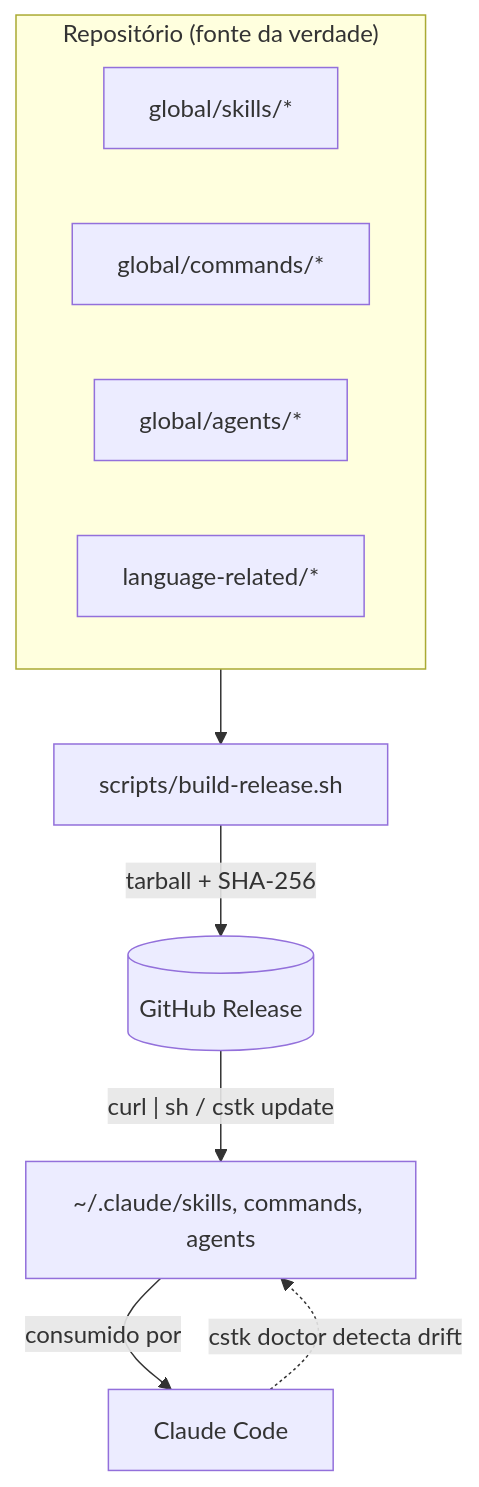
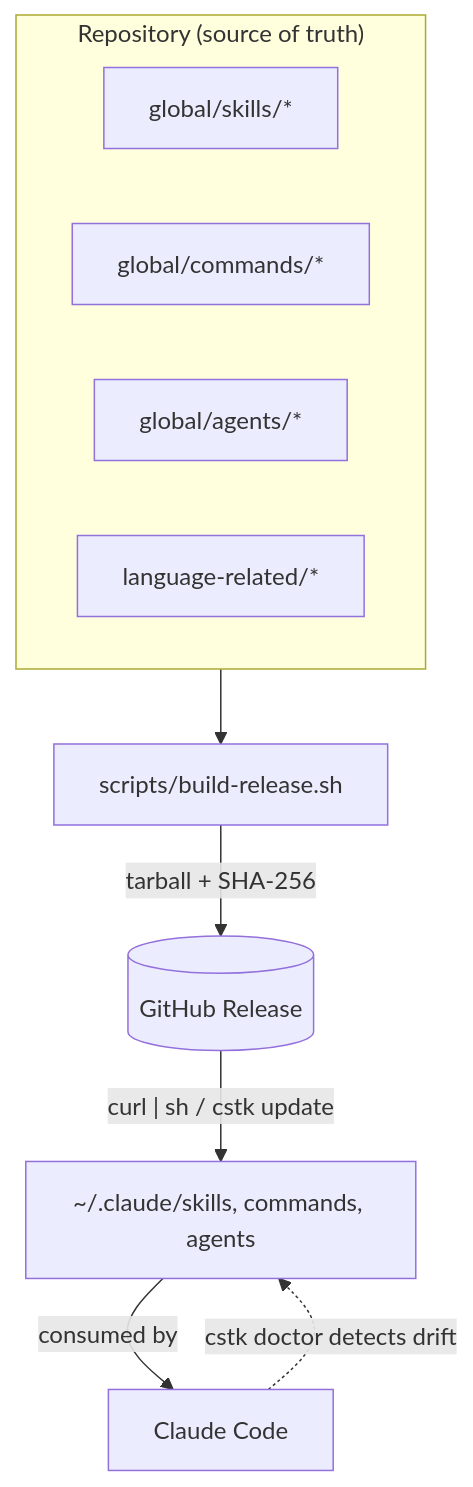
The first of 3 diagrams in CONTRIBUTING.md (JotJunior/cstk), drawn with Mermaid before and after one commit. The commit also changed other lines of this file and 23 other files, not shown here.

````diff
--- a/CONTRIBUTING.md
+++ b/CONTRIBUTING.md
@@ -29,14 +32,14 @@
 ```mermaid
 flowchart TD
-    subgraph Fonte["Repositório (fonte da verdade)"]
+    subgraph Source["Repository (source of truth)"]
         S[global/skills/*]
         C[global/commands/*]
         A[global/agents/*]
         L[language-related/*]
     end
     BR[scripts/build-release.sh] -->|tarball + SHA-256| REL[(GitHub Release)]
-    Fonte --> BR
+    Source --> BR
     REL -->|"curl | sh / cstk update"| INST["~/.claude/skills, commands, agents"]
-    INST -->|consumido por| CC[Claude Code]
-    CC -.->|cstk doctor detecta drift| INST
+    INST -->|consumed by| CC[Claude Code]
+    CC -.->|cstk doctor detects drift| INST
 ```
````
